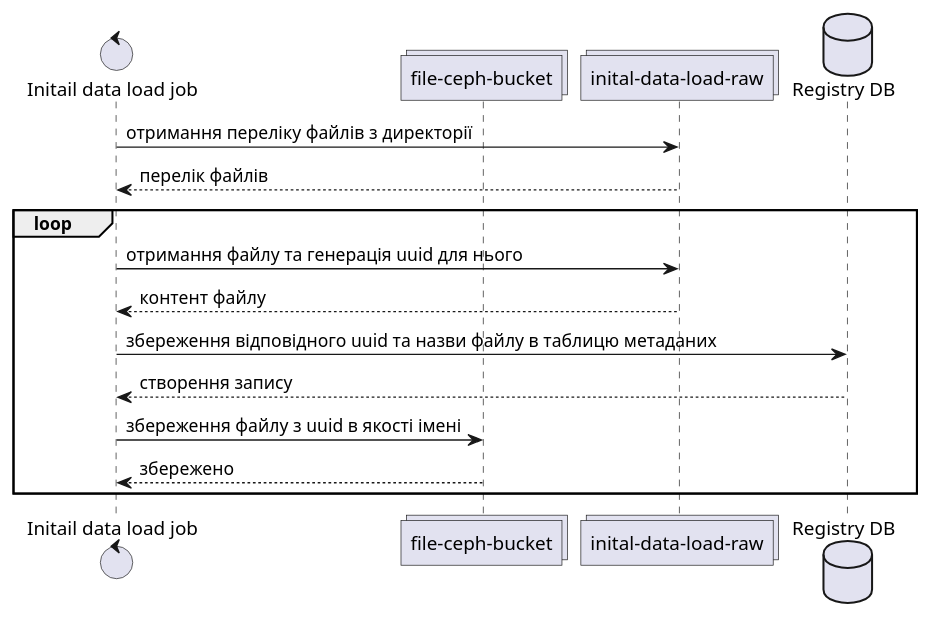
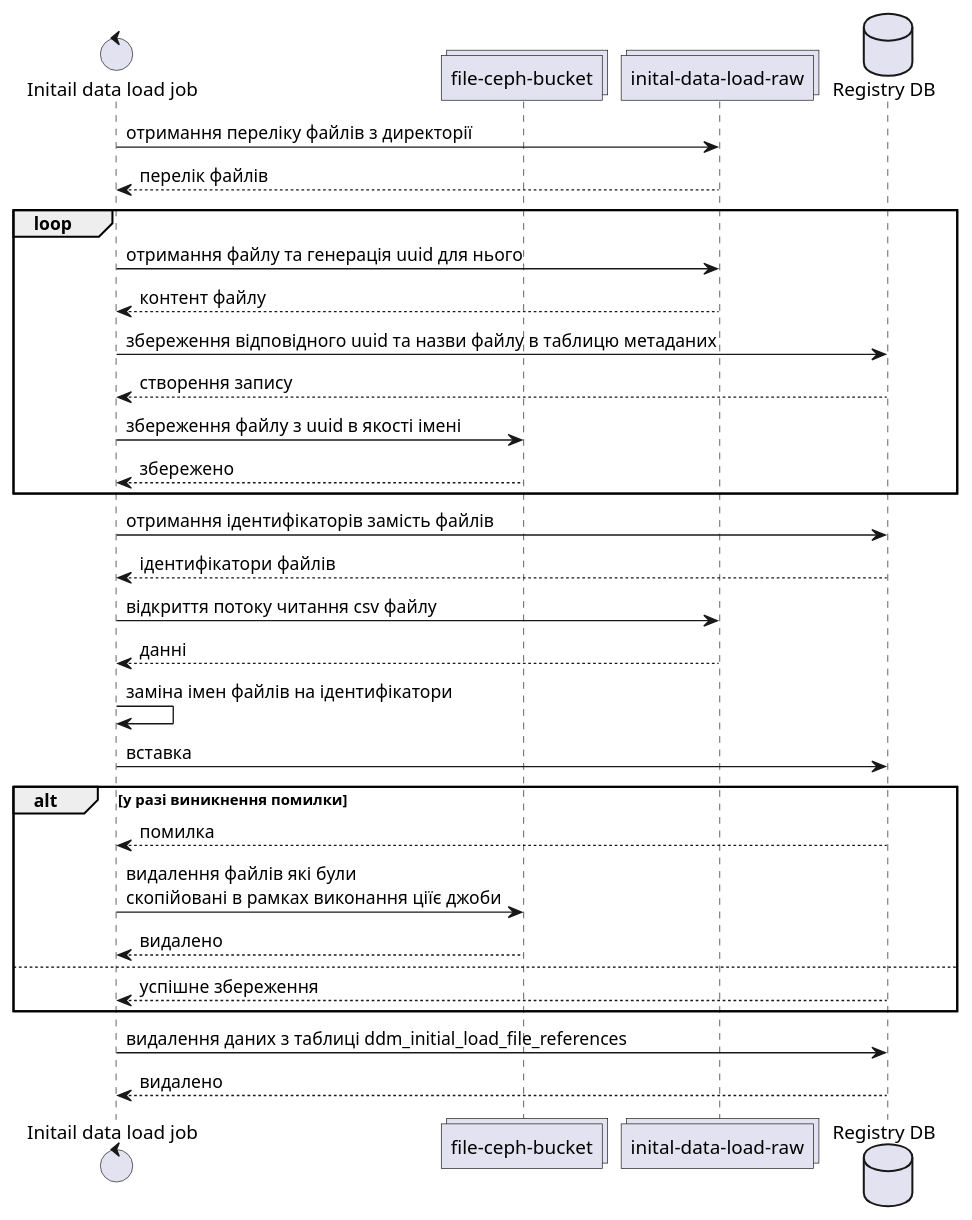
The fourth of 4 diagrams in docs/ua/modules/arch/pages/architecture-workspace/platform-evolution/initial-load/inital-load.adoc (epam/edp-ddm-architecture), drawn with PlantUML before and after one commit. The commit also changed other lines of this file, not shown here.

Commit message:
[EDP-DDM-00000] Draft added

```diff
--- a/docs/ua/modules/arch/pages/architecture-workspace/platform-evolution/initial-load/inital-load.adoc
+++ b/docs/ua/modules/arch/pages/architecture-workspace/platform-evolution/initial-load/inital-load.adoc
@@ -310,19 +316,35 @@
 [plantuml]
 ----
 control "Initail data load job" as job
 collections "file-ceph-bucket" as file
 collections "inital-data-load-raw" as raw
 database "Registry DB" as db
 
 
 job -> raw: отримання переліку файлів з директорії
 return перелік файлів
 loop
 job -> raw: отримання файлу та генерація uuid для нього
 return контент файлу
 job -> db: збереження відповідного uuid та назви файлу в таблицю метаданих
 return створення запису
 job -> file: збереження файлу з uuid в якості імені
 return збережено
+
 end
+job -> db: отримання ідентифікаторів замість файлів
+return ідентифікатори файлів
+job -> raw: відкриття потоку читання csv файлу
+return данні
+job -> job: заміна імен файлів на ідентифікатори
+job -> db: вставка
+alt у разі виникнення помилки
+db --> job: помилка
+job -> file: видалення файлів які були\nскопійовані в рамках виконання ціїє джоби
+return видалено
+else
+db --> job: успішне збереження
+end
+job -> db: видалення даних з таблиці ddm_initial_load_file_references
+return видалено
 ----
```
